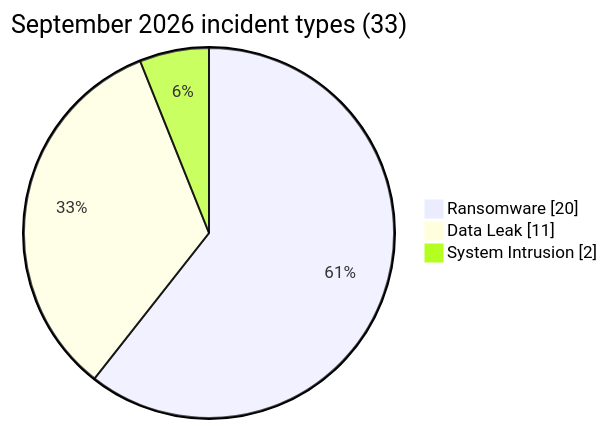
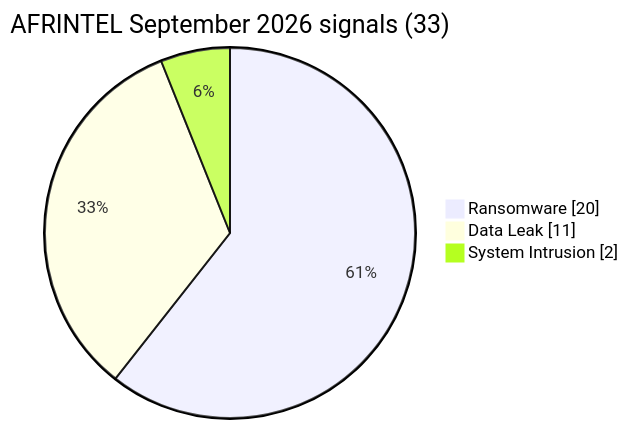
Before and after one commit to Hatchepsoute/AFRINTEL: the diagram in CyberAttackAfrica/2026/09-september/README.md, drawn with Mermaid. The commit also changed other lines of this file and 45 other files, not shown here.

````diff
--- a/CyberAttackAfrica/2026/09-september/README.md
+++ b/CyberAttackAfrica/2026/09-september/README.md
@@ -52,7 +80,7 @@
 ```mermaid
 pie showData
-    title September 2026 incident types (33)
+    title AFRINTEL September 2026 signals (33)
     "Ransomware" : 20
     "Data Leak" : 11
     "System Intrusion" : 2
 ```
````
